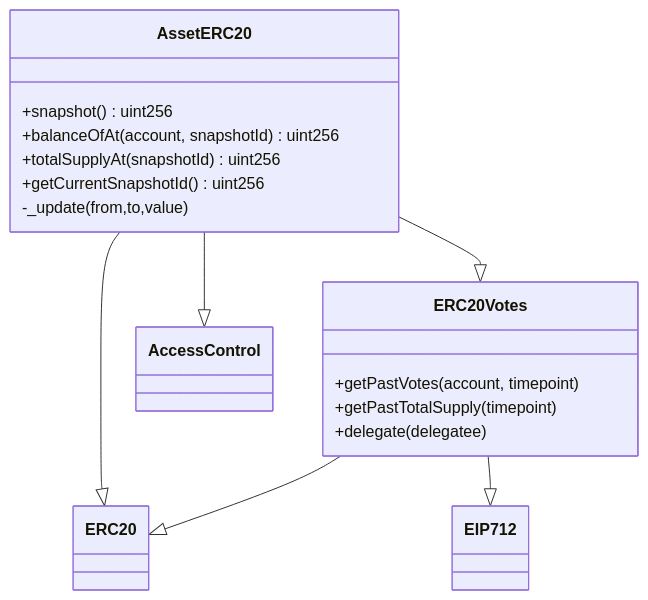
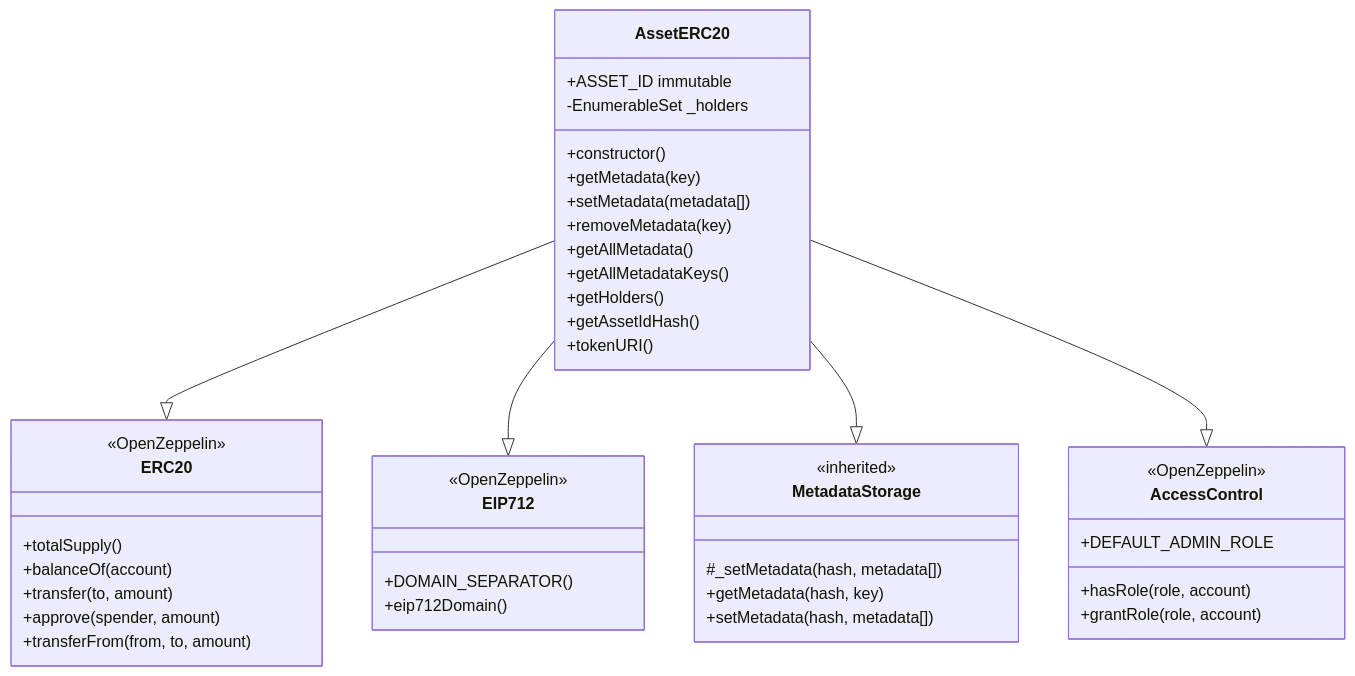
One commit to faas-tech/space-markets changed the second of 3 diagrams in docs/contract-specific/AssetERC20.md. Above: the diagram before and after it, drawn with Mermaid. The commit also changed other lines of this file and 14 other files, not shown here.

````diff
--- a/docs/contract-specific/AssetERC20.md
+++ b/docs/contract-specific/AssetERC20.md
@@ -65,23 +188,50 @@
 ```mermaid
 classDiagram
-  class ERC20
-  class ERC20Votes {
-    +getPastVotes(account, timepoint)
-    +getPastTotalSupply(timepoint)
-    +delegate(delegatee)
-  }
-  class EIP712
-  class AccessControl
-  class AssetERC20 {
-    +snapshot() uint256
-    +balanceOfAt(account, snapshotId) uint256
-    +totalSupplyAt(snapshotId) uint256
-    +getCurrentSnapshotId() uint256
-    -_update(from,to,value)
-  }
-  AssetERC20 --|> ERC20
-  AssetERC20 --|> ERC20Votes
-  AssetERC20 --|> AccessControl
-  ERC20Votes --|> ERC20
-  ERC20Votes --|> EIP712
+    class AssetERC20 {
+        +ASSET_ID immutable
+        -EnumerableSet _holders
+        +constructor()
+        +getMetadata(key)
+        +setMetadata(metadata[])
+        +removeMetadata(key)
+        +getAllMetadata()
+        +getAllMetadataKeys()
+        +getHolders()
+        +getAssetIdHash()
+        +tokenURI()
+    }
+
+    class ERC20 {
+        <<OpenZeppelin>>
+        +totalSupply()
+        +balanceOf(account)
+        +transfer(to, amount)
+        +approve(spender, amount)
+        +transferFrom(from, to, amount)
+    }
+
+    class EIP712 {
+        <<OpenZeppelin>>
+        +DOMAIN_SEPARATOR()
+        +eip712Domain()
+    }
+
+    class MetadataStorage {
+        <<inherited>>
+        #_setMetadata(hash, metadata[])
+        +getMetadata(hash, key)
+        +setMetadata(hash, metadata[])
+    }
+
+    class AccessControl {
+        <<OpenZeppelin>>
+        +DEFAULT_ADMIN_ROLE
+        +hasRole(role, account)
+        +grantRole(role, account)
+    }
+
+    AssetERC20 --|> ERC20
+    AssetERC20 --|> EIP712
+    AssetERC20 --|> MetadataStorage
+    AssetERC20 --|> AccessControl
 ```
````
